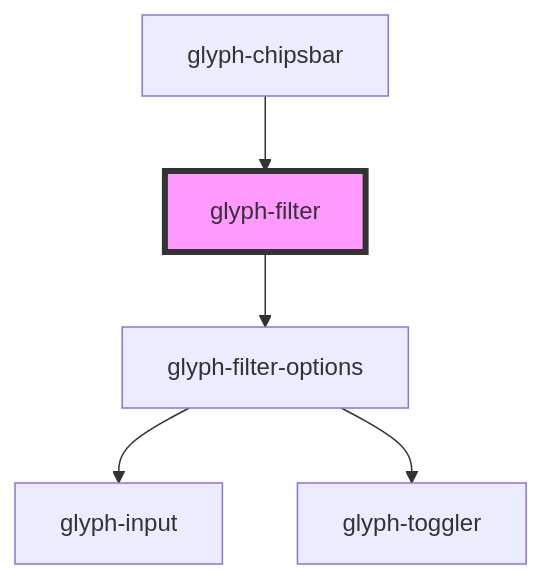
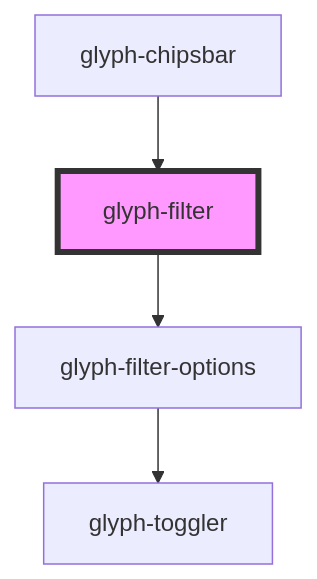
The diagram in packages/glyph-components/src/components/filter/readme.md (adrianiy/synth-ui), drawn with Mermaid before and after one commit. The commit also changed 7 other files, not shown here.

````diff
--- a/packages/glyph-components/src/components/filter/readme.md
+++ b/packages/glyph-components/src/components/filter/readme.md
@@ -43,8 +43,7 @@
 ```mermaid
 graph TD;
   glyph-filter --> glyph-filter-options
-  glyph-filter-options --> glyph-input
   glyph-filter-options --> glyph-toggler
   glyph-chipsbar --> glyph-filter
   style glyph-filter fill:#f9f,stroke:#333,stroke-width:4px
 ```
````
